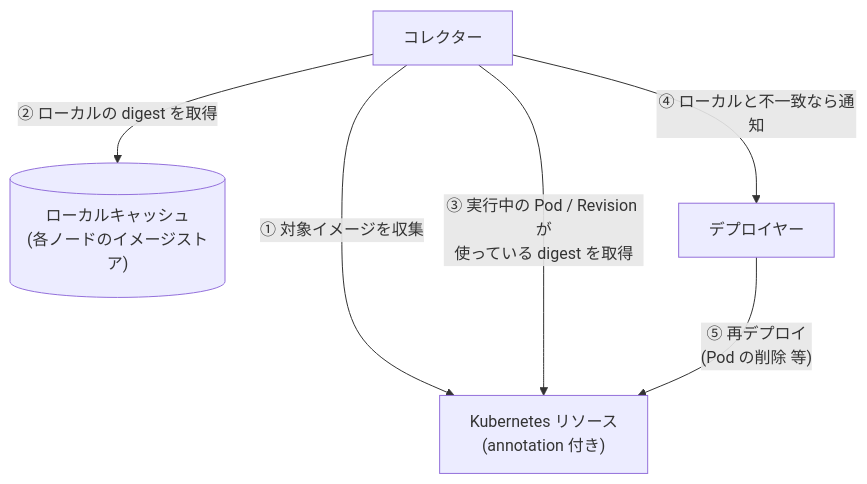
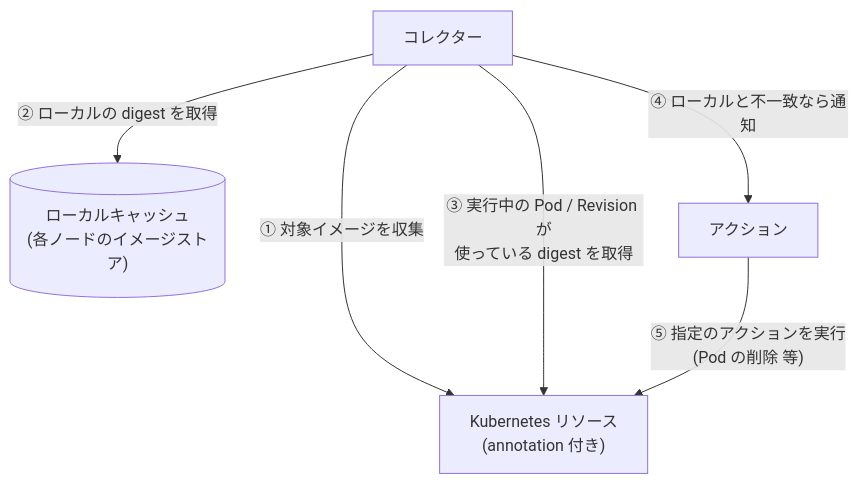
One commit to sasano8/kube-floatingtag-pinner changed the second of 2 diagrams in README.md. Above: the diagram before and after it, drawn with Mermaid. The commit also changed other lines of this file and 2 other files, not shown here.

````diff
--- a/README.md
+++ b/README.md
@@ -65,13 +66,13 @@
 ```mermaid
 flowchart TB
     K["Kubernetes リソース<br/>(annotation 付き)"]
     C["コレクター"]
     L[("ローカルキャッシュ<br/>(各ノードのイメージストア)")]
-    D["デプロイヤー"]
+    D["アクション"]
 
     C -- "① 対象イメージを収集" --> K
     C -- "② ローカルの digest を取得" --> L
     C -- "③ 実行中の Pod / Revision が<br/>使っている digest を取得" --> K
     C -- "④ ローカルと不一致なら通知" --> D
-    D -- "⑤ 再デプロイ<br/>(Pod の削除 等)" --> K
+    D -- "⑤ 指定のアクションを実行<br/>(Pod の削除 等)" --> K
 ```
````
